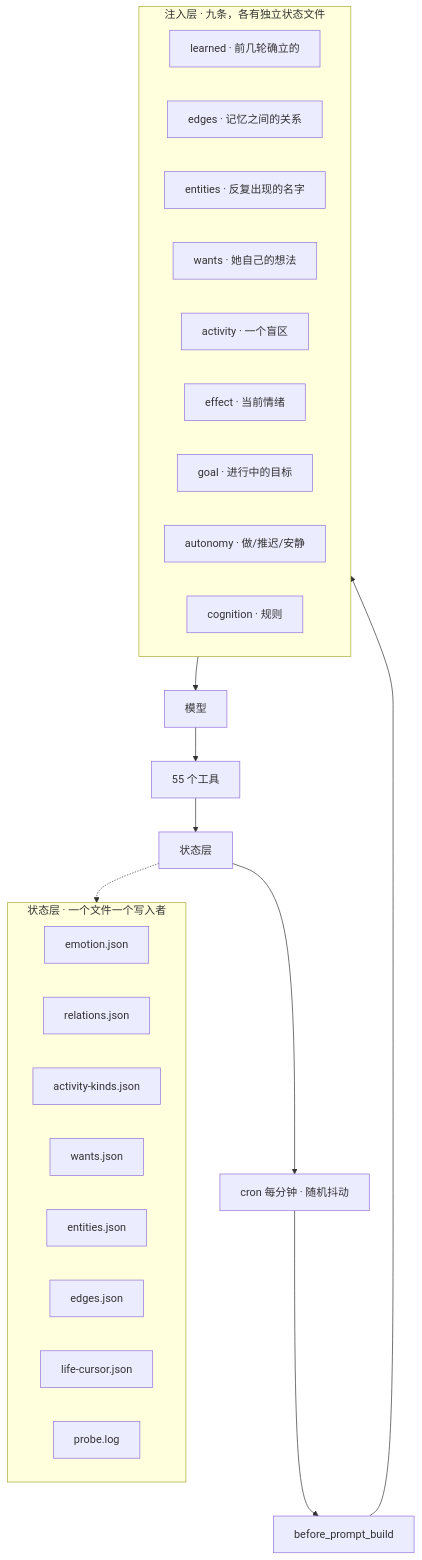
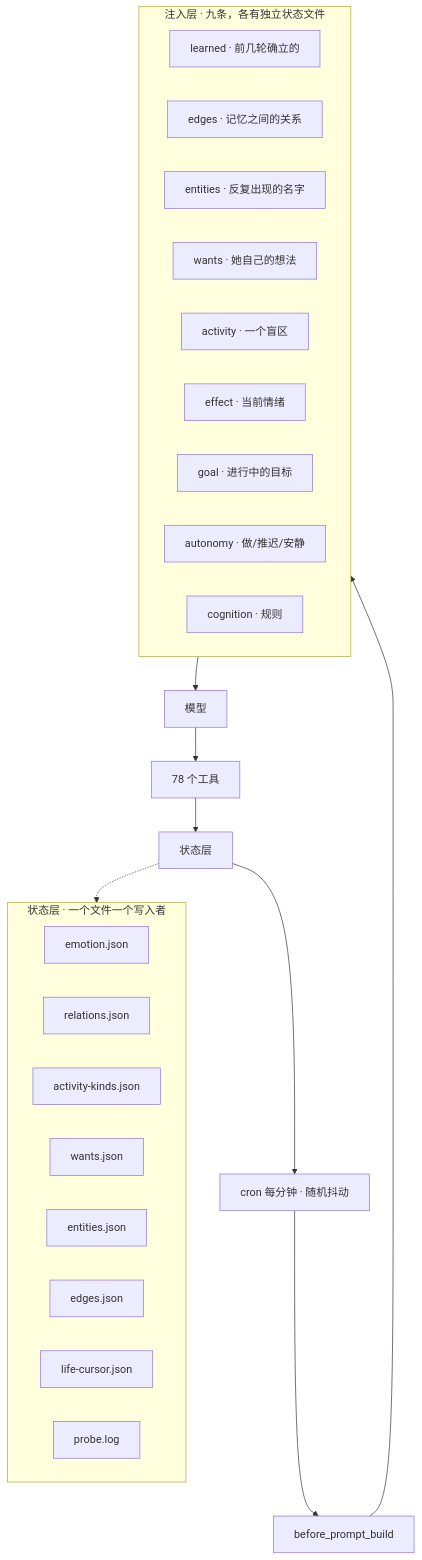
The first of 2 diagrams in ARCHITECTURE.md (xishanp/dafeiyu-claw), drawn with Mermaid before and after one commit. The commit also changed other lines of this file and 93 other files, not shown here.

````diff
--- a/ARCHITECTURE.md
+++ b/ARCHITECTURE.md
@@ -13,35 +13,35 @@
 ```mermaid
 flowchart TB
     Cron["cron 每分钟 · 随机抖动"] --> BPB["before_prompt_build"]
 
     subgraph Hook["注入层 · 九条，各有独立状态文件"]
         L["learned · 前几轮确立的"]
         E["edges · 记忆之间的关系"]
         EN["entities · 反复出现的名字"]
         W["wants · 她自己的想法"]
         A["activity · 一个盲区"]
         EF["effect · 当前情绪"]
         G["goal · 进行中的目标"]
         AU["autonomy · 做/推迟/安静"]
         C["cognition · 规则"]
     end
 
     BPB --> Hook
     Hook --> Model["模型"]
-    Model --> Tools["55 个工具"]
+    Model --> Tools["78 个工具"]
     Tools --> State["状态层"]
     State --> Cron
 
     subgraph StateLayer["状态层 · 一个文件一个写入者"]
         Emo["emotion.json"]
         Rel["relations.json"]
         Act["activity-kinds.json"]
         Wan["wants.json"]
         Ent["entities.json"]
         Edg["edges.json"]
         Cur["life-cursor.json"]
         Pro["probe.log"]
     end
 
     State -.-> StateLayer
 ```
````
